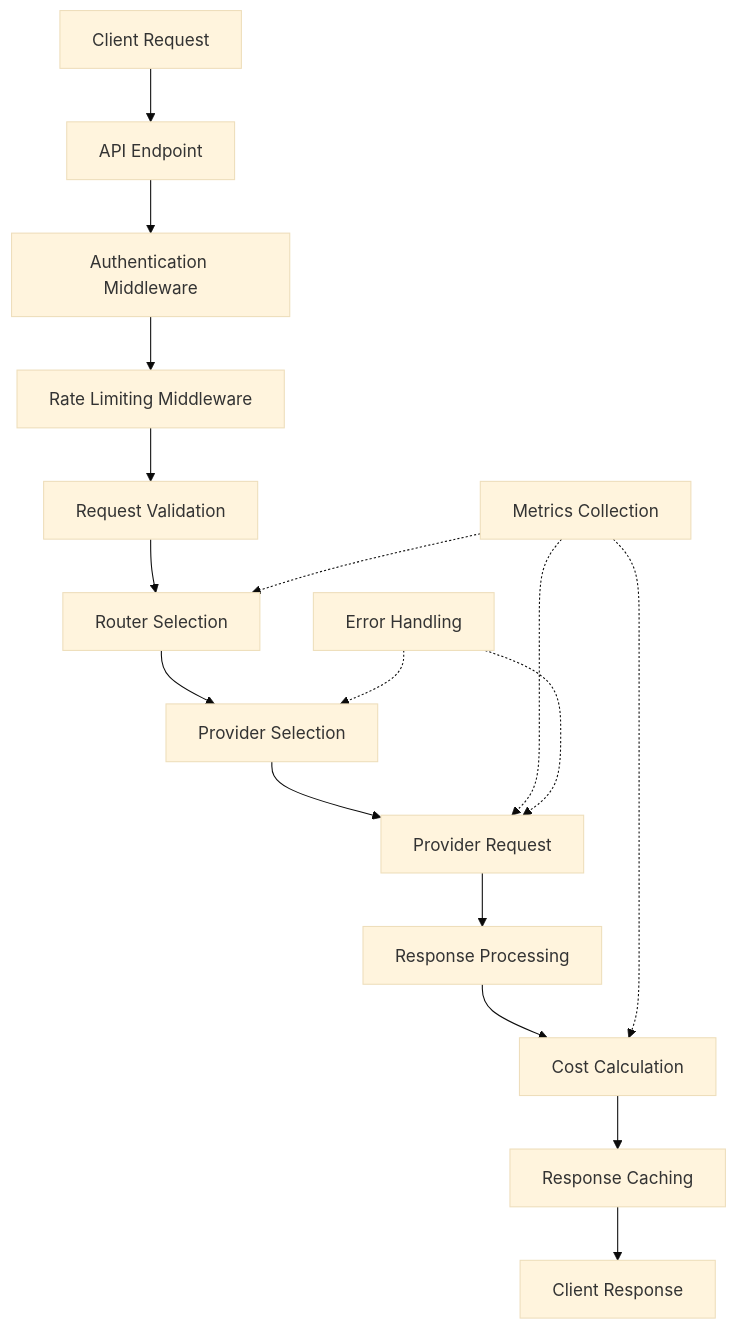
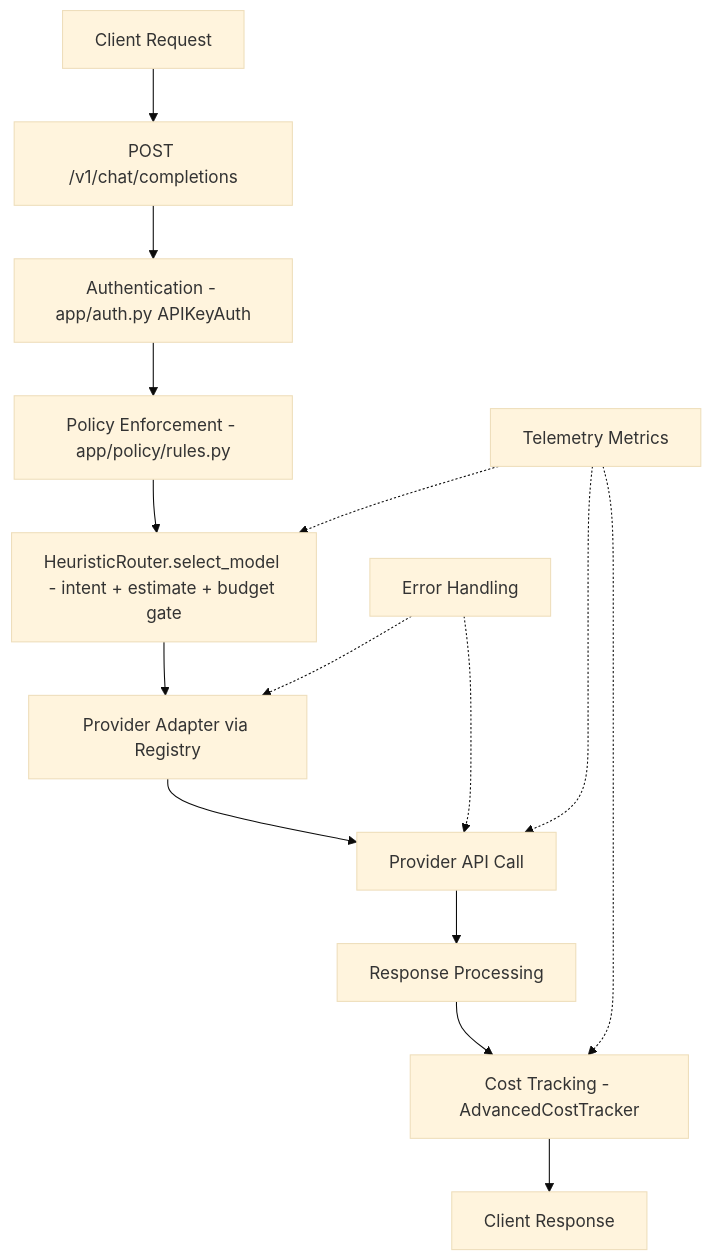
One commit to iamapsrajput/modelmuxer changed the first of 2 diagrams in docs/architecture-overview.md. Above: the diagram before and after it, drawn with Mermaid (base theme). The commit also changed other lines of this file and 13 other files, not shown here.

First line of the commit message:
docs: align docs, Makefile, and settings with post-cleanup architecture

````diff
--- a/docs/architecture-overview.md
+++ b/docs/architecture-overview.md
@@ -121,21 +120,19 @@
 ```mermaid
 graph TD
-    A[Client Request] --> B[API Endpoint]
-    B --> C[Authentication Middleware]
-    C --> D[Rate Limiting Middleware]
-    D --> E[Request Validation]
-    E --> F[Router Selection]
-    F --> G[Provider Selection]
-    G --> H[Provider Request]
-    H --> I[Response Processing]
-    I --> J[Cost Calculation]
-    J --> K[Response Caching]
-    K --> L[Client Response]
+    A[Client Request] --> B[POST /v1/chat/completions]
+    B --> C[Authentication - app/auth.py APIKeyAuth]
+    C --> D[Policy Enforcement - app/policy/rules.py]
+    D --> E[HeuristicRouter.select_model - intent + estimate + budget gate]
+    E --> F[Provider Adapter via Registry]
+    F --> G[Provider API Call]
+    G --> H[Response Processing]
+    H --> I[Cost Tracking - AdvancedCostTracker]
+    I --> J[Client Response]
 
-    M[Metrics Collection] -.-> F
-    M -.-> H
-    M -.-> J
+    K[Telemetry Metrics] -.-> E
+    K -.-> G
+    K -.-> I
 
-    N[Error Handling] -.-> H
-    N -.-> G
+    L[Error Handling] -.-> F
+    L -.-> G
 ```
````
